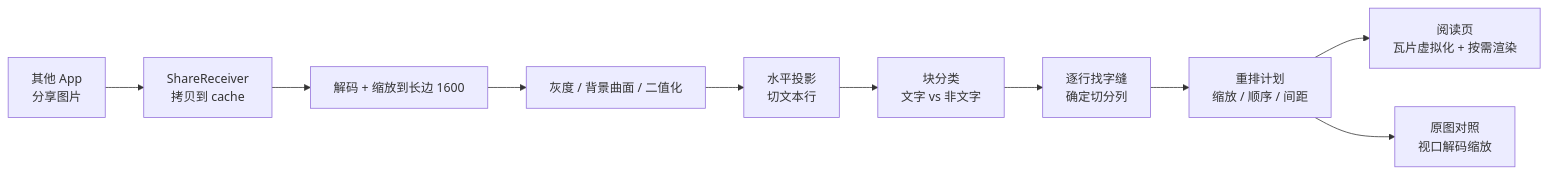
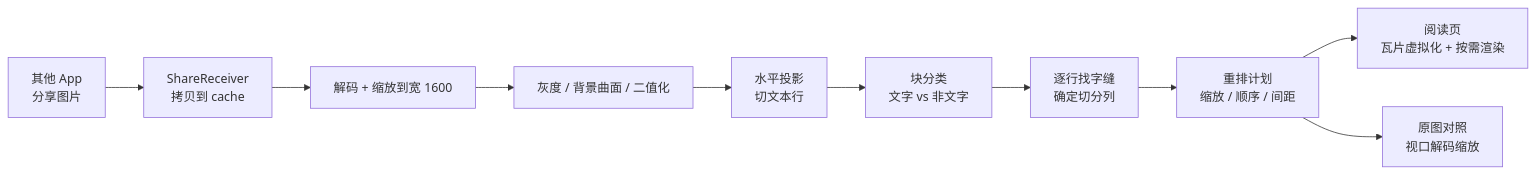
The diagram in docs/00-overview.md (welbaken/pictext), drawn with Mermaid before and after one commit. The commit also changed other lines of this file and 19 other files, not shown here.

````diff
--- a/docs/00-overview.md
+++ b/docs/00-overview.md
@@ -22,12 +22,12 @@
 ```mermaid
 flowchart LR
     A[其他 App<br/>分享图片] --> B[ShareReceiver<br/>拷贝到 cache]
-    B --> C[解码 + 缩放到长边 1600]
+    B --> C[解码 + 缩放到宽 1600]
     C --> D[灰度 / 背景曲面 / 二值化]
     D --> E[水平投影<br/>切文本行]
     E --> F[块分类<br/>文字 vs 非文字]
     F --> G[逐行找字缝<br/>确定切分列]
     G --> H[重排计划<br/>缩放 / 顺序 / 间距]
     H --> I[阅读页<br/>瓦片虚拟化 + 按需渲染]
     H --> J[原图对照<br/>视口解码缩放]
 ```
````
